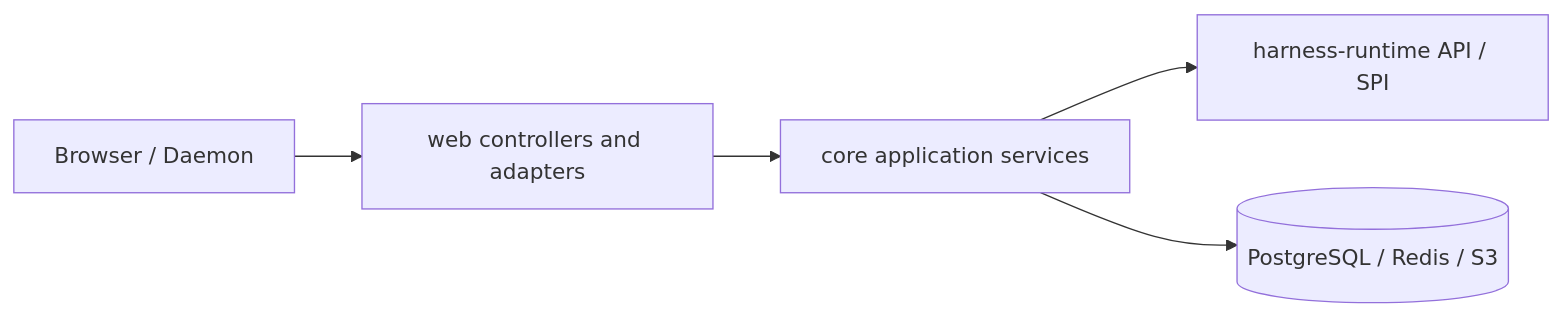
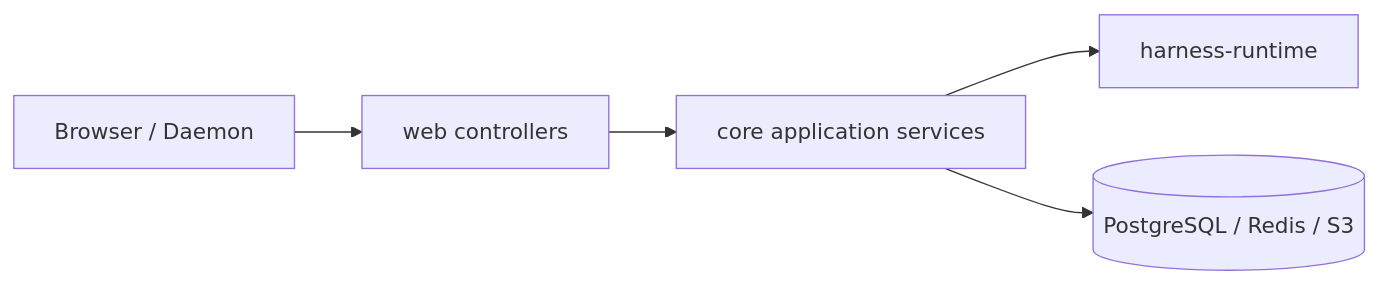
One commit to fengwk/kk-studio changed the diagram in docs/technical-solution/backend-implementation-design.md. Above: the diagram before and after it, drawn with Mermaid. The commit also changed other lines of this file and 12 other files, not shown here.

````diff
--- a/docs/technical-solution/backend-implementation-design.md
+++ b/docs/technical-solution/backend-implementation-design.md
@@ -7,11 +7,11 @@
 ```mermaid
 flowchart LR
     Client[Browser / Daemon]
-    Web[web controllers and adapters]
+    Web[web controllers]
     Core[core application services]
-    Runtime[harness-runtime API / SPI]
+    Runtime[harness-runtime]
     Store[(PostgreSQL / Redis / S3)]
 
     Client --> Web --> Core --> Runtime
     Core --> Store
 ```
````
